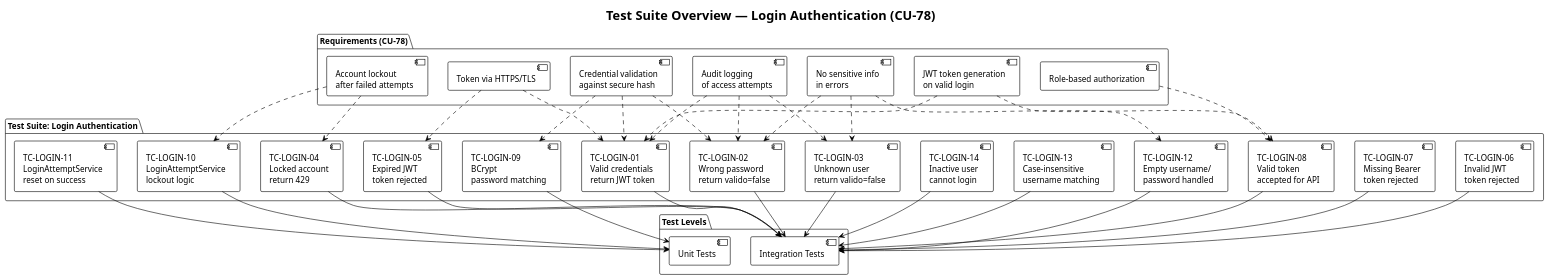
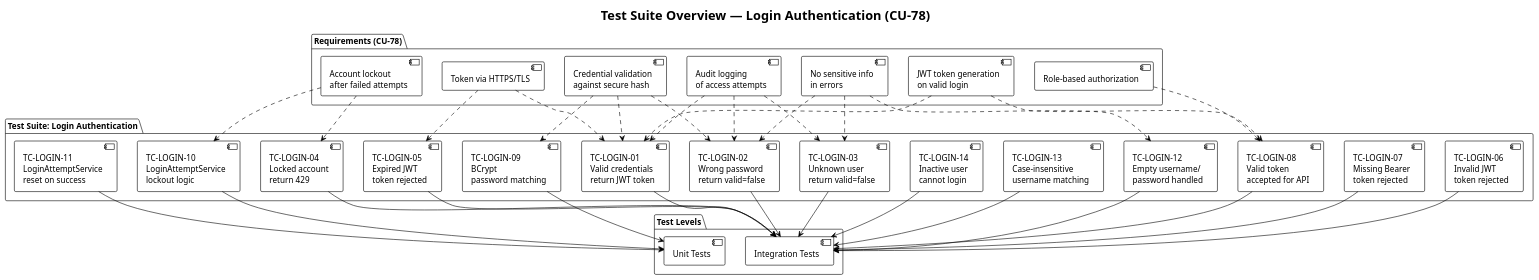
The diagram in docs/200-architecture/204-diagrams/Secuencias/seq-007-login-test-suite-overview.puml (matiaspakua/notaire), drawn with PlantUML before and after one commit. The commit also changed 52 other files, not shown here.

```diff
--- a/docs/200-architecture/204-diagrams/Secuencias/seq-007-login-test-suite-overview.puml
+++ b/docs/200-architecture/204-diagrams/Secuencias/seq-007-login-test-suite-overview.puml
@@ -1,69 +1,69 @@
 @startuml login-test-suite-overview
 !theme plain
 title Test Suite Overview — Login Authentication (CU-78)
 
 package "Test Suite: Login Authentication" {
   [TC-LOGIN-01\nValid credentials\nreturn JWT token] as TC01
-  [TC-LOGIN-02\nWrong password\nreturn valido=false] as TC02
-  [TC-LOGIN-03\nUnknown user\nreturn valido=false] as TC03
+  [TC-LOGIN-02\nWrong password\nreturn valid=false] as TC02
+  [TC-LOGIN-03\nUnknown user\nreturn valid=false] as TC03
   [TC-LOGIN-04\nLocked account\nreturn 429] as TC04
   [TC-LOGIN-05\nExpired JWT\ntoken rejected] as TC05
   [TC-LOGIN-06\nInvalid JWT\ntoken rejected] as TC06
   [TC-LOGIN-07\nMissing Bearer\ntoken rejected] as TC07
   [TC-LOGIN-08\nValid token\naccepted for API] as TC08
   [TC-LOGIN-09\nBCrypt\npassword matching] as TC09
   [TC-LOGIN-10\nLoginAttemptService\nlockout logic] as TC10
   [TC-LOGIN-11\nLoginAttemptService\nreset on success] as TC11
   [TC-LOGIN-12\nEmpty username/\npassword handled] as TC12
   [TC-LOGIN-13\nCase-insensitive\nusername matching] as TC13
   [TC-LOGIN-14\nInactive user\ncannot login] as TC14
 }
 
 package "Test Levels" {
   [Unit Tests] as UT
   [Integration Tests] as IT
 }
 
 package "Requirements (CU-78)" {
   [Credential validation\nagainst secure hash] as R1
   [JWT token generation\non valid login] as R2
   [Account lockout\nafter failed attempts] as R3
   [Token via HTTPS/TLS] as R4
   [Role-based authorization] as R5
   [Audit logging\nof access attempts] as R6
   [No sensitive info\nin errors] as R7
 }
 
 TC01 --> IT
 TC02 --> IT
 TC03 --> IT
 TC04 --> IT
 TC05 --> IT
 TC06 --> IT
 TC07 --> IT
 TC08 --> IT
 TC09 --> UT
 TC10 --> UT
 TC11 --> UT
 TC12 --> IT
 TC13 --> IT
 TC14 --> IT
 
 R1 ..> TC01
 R1 ..> TC02
 R1 ..> TC09
 R2 ..> TC01
 R2 ..> TC08
 R3 ..> TC04
 R3 ..> TC10
 R4 ..> TC01
 R4 ..> TC05
 R5 ..> TC08
 R6 ..> TC01
 R6 ..> TC02
 R6 ..> TC03
 R7 ..> TC02
 R7 ..> TC03
 R7 ..> TC12
 
 @enduml
```
